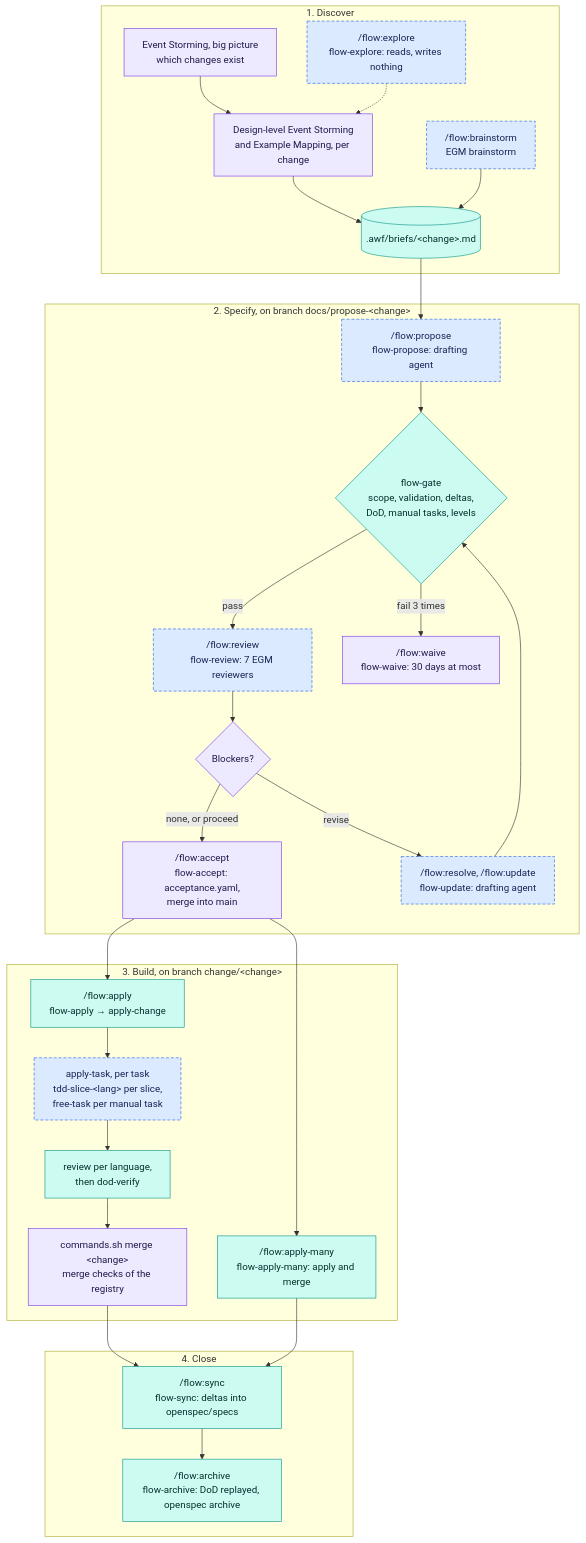
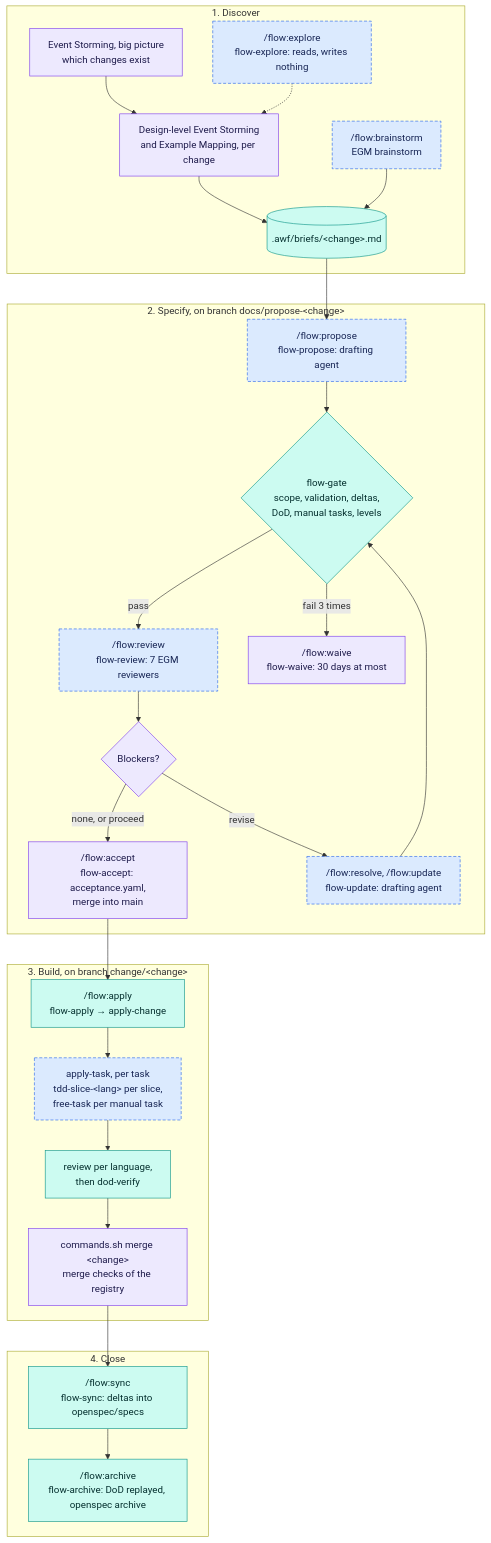
The first of 2 diagrams in README.md (gplanchat/awf-workflow-openspec-tdd), drawn with Mermaid before and after one commit. The commit also changed other lines of this file and 10 other files, not shown here.

First line of the commit message:
Remove flow-apply-many and the contract operations only it used

````diff
--- a/README.md
+++ b/README.md
@@ -17,53 +17,50 @@
 ```mermaid
 flowchart TD
   subgraph discover["1. Discover"]
     ES["Event Storming, big picture<br/>which changes exist"]
     EXP["/flow:explore<br/>flow-explore: reads, writes nothing"]
     EM["Design-level Event Storming<br/>and Example Mapping, per change"]
     BS["/flow:brainstorm<br/>EGM brainstorm"]
     BRIEF[(".awf/briefs/&lt;change&gt;.md")]
     ES --> EM
     EXP -.-> EM
     EM --> BRIEF
     BS --> BRIEF
   end
 
   subgraph specify["2. Specify, on branch docs/propose-&lt;change&gt;"]
     PROP["/flow:propose<br/>flow-propose: drafting agent"]
     GATES{"flow-gate<br/>scope, validation, deltas,<br/>DoD, manual tasks, levels"}
     REV["/flow:review<br/>flow-review: 7 EGM reviewers"]
     DEC{"Blockers?"}
     RES["/flow:resolve, /flow:update<br/>flow-update: drafting agent"]
     ACC["/flow:accept<br/>flow-accept: acceptance.yaml,<br/>merge into main"]
     BRIEF --> PROP --> GATES
     GATES -->|pass| REV
     GATES -->|fail 3 times| WAIVE["/flow:waive<br/>flow-waive: 30 days at most"]
     REV --> DEC
     DEC -->|none, or proceed| ACC
     DEC -->|revise| RES --> GATES
   end
 
   subgraph build["3. Build, on branch change/&lt;change&gt;"]
     APP["/flow:apply<br/>flow-apply → apply-change"]
     TASK["apply-task, per task<br/>tdd-slice-&lt;lang&gt; per slice,<br/>free-task per manual task"]
     FIN["review per language,<br/>then dod-verify"]
     MERGE["commands.sh merge &lt;change&gt;<br/>merge checks of the registry"]
-    MANY["/flow:apply-many<br/>flow-apply-many: apply and merge"]
     ACC --> APP --> TASK --> FIN --> MERGE
-    ACC --> MANY
   end
 
   subgraph close["4. Close"]
     SYNC["/flow:sync<br/>flow-sync: deltas into openspec/specs"]
     ARCH["/flow:archive<br/>flow-archive: DoD replayed, openspec archive"]
     MERGE --> SYNC --> ARCH
-    MANY --> SYNC
   end
 
   classDef team fill:#ede9fe,stroke:#7c3aed,color:#1e1b4b
   classDef agent fill:#dbeafe,stroke:#2563eb,stroke-dasharray:5 3,color:#172554
   classDef tool fill:#ccfbf1,stroke:#0d9488,color:#042f2e
   class ES,EM,DEC,ACC,WAIVE,MERGE team
   class EXP,BS,PROP,REV,RES,TASK agent
-  class BRIEF,GATES,APP,FIN,MANY,SYNC,ARCH tool
+  class BRIEF,GATES,APP,FIN,SYNC,ARCH tool
 ```
````
